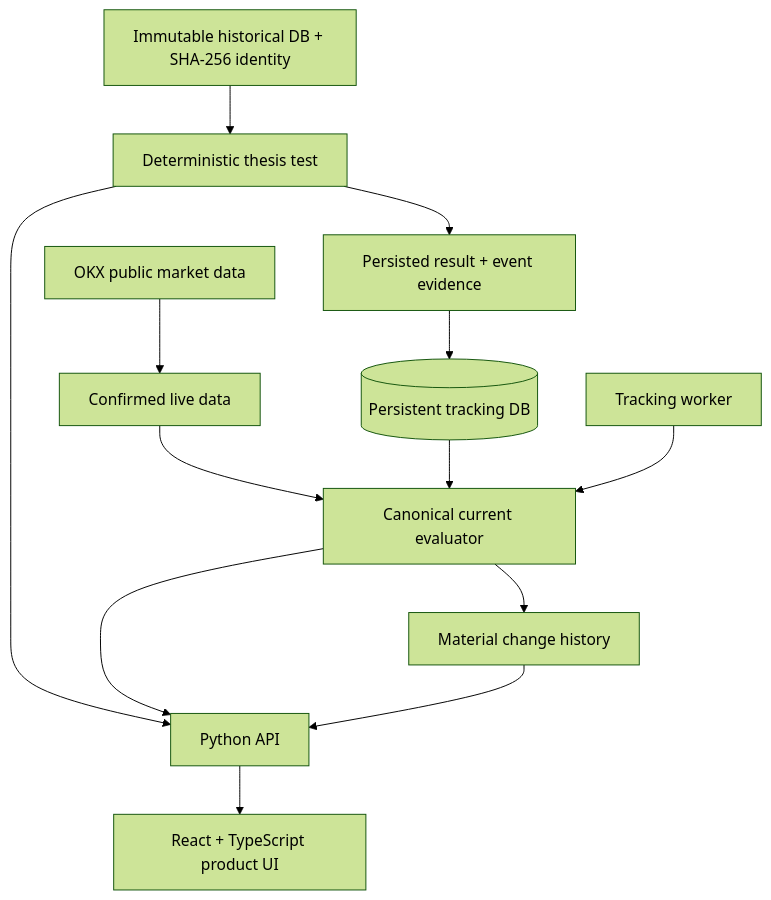
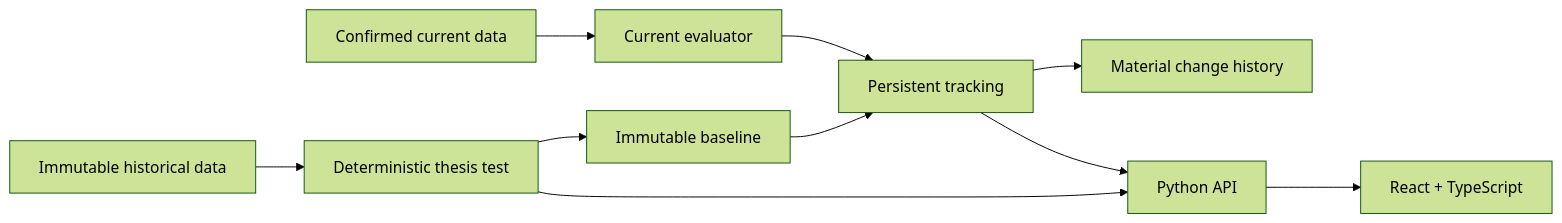
One commit to kevin6667890/crypto-bot changed the diagram in README.md. Above: the diagram before and after it, drawn with Mermaid (forest theme). The commit also changed other lines of this file and 8 other files, not shown here.

````diff
--- a/README.md
+++ b/README.md
@@ -87,15 +42,12 @@
 ```mermaid
-flowchart TD
-    OKX[OKX public market data] --> LIVE[Confirmed live data]
-    FROZEN[Immutable historical DB + SHA-256 identity] --> TEST[Deterministic thesis test]
-    TEST --> RESULT[Persisted result + event evidence]
-    RESULT --> TRACK[(Persistent tracking DB)]
-    LIVE --> EVAL[Canonical current evaluator]
-    TRACK --> EVAL
-    EVAL --> CHANGE[Material change history]
-    TEST --> API[Python API]
-    EVAL --> API
-    CHANGE --> API
-    API --> UI[React + TypeScript product UI]
-    WORKER[Tracking worker] --> EVAL
+flowchart LR
+  H[Immutable historical data] --> T[Deterministic thesis test]
+  C[Confirmed current data] --> E[Current evaluator]
+  T --> B[Immutable baseline]
+  B --> R[Persistent tracking]
+  E --> R
+  R --> W[Material change history]
+  T --> A[Python API]
+  R --> A
+  A --> U[React + TypeScript]
 ```
````
